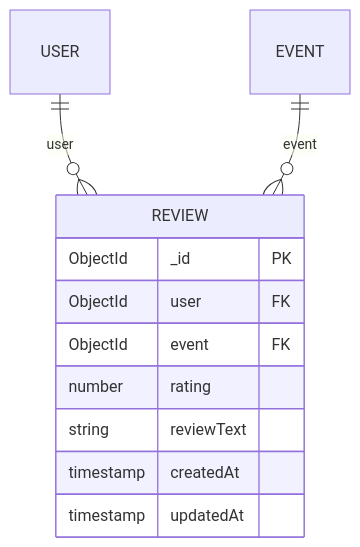
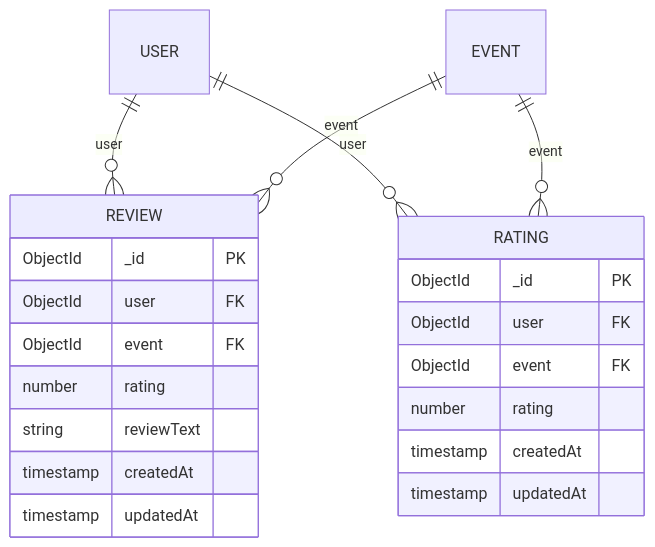
Before and after one commit to meghanamallela69-tech/event: the ninth of 16 diagrams in .qoder/repowiki/en/content/Database Design/Database Design.md, drawn with Mermaid. The commit also changed other lines of this file and 63 other files, not shown here.

````diff
--- a/.qoder/repowiki/en/content/Database Design/Database Design.md
+++ b/.qoder/repowiki/en/content/Database Design/Database Design.md
@@ -433,14 +469,24 @@
 ```mermaid
 erDiagram
 REVIEW {
 ObjectId _id PK
 ObjectId user FK
 ObjectId event FK
 number rating
 string reviewText
 timestamp createdAt
 timestamp updatedAt
 }
+RATING {
+ObjectId _id PK
+ObjectId user FK
+ObjectId event FK
+number rating
+timestamp createdAt
+timestamp updatedAt
+}
 USER ||--o{ REVIEW : "user"
 EVENT ||--o{ REVIEW : "event"
+USER ||--o{ RATING : "user"
+EVENT ||--o{ RATING : "event"
 ```
````
